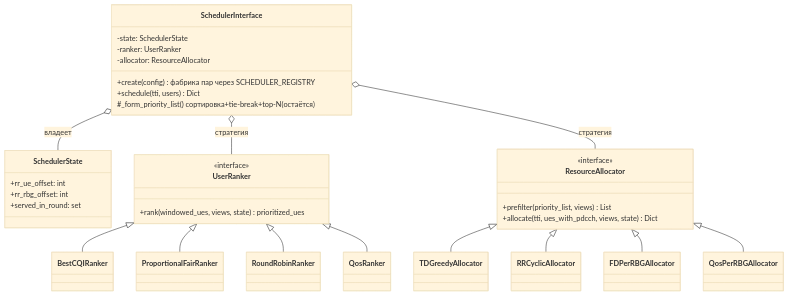
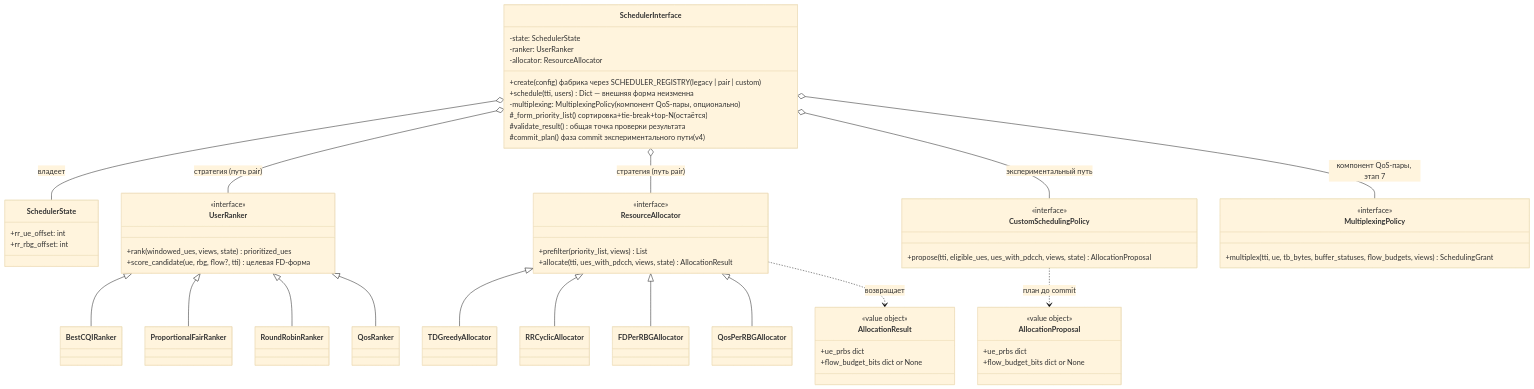
One commit to dokbrawn/REC-S5 changed diagram 11 of 11 in MR_doc_SCH-001/PyScheduler/scheduler/docs/diagrams.md. Above: the diagram before and after it, drawn with Mermaid (base theme). The commit also changed other lines of this file and 7 other files, not shown here.

````diff
--- a/MR_doc_SCH-001/PyScheduler/scheduler/docs/diagrams.md
+++ b/MR_doc_SCH-001/PyScheduler/scheduler/docs/diagrams.md
@@ -311,44 +329,69 @@
 ```mermaid
 classDiagram
     class SchedulerInterface {
-        +create(config) фабрика пар через SCHEDULER_REGISTRY
-        +schedule(tti, users) Dict
+        +create(config) фабрика через SCHEDULER_REGISTRY (legacy | pair | custom)
+        +schedule(tti, users) Dict — внешняя форма неизменна
         -state: SchedulerState
         -ranker: UserRanker
         -allocator: ResourceAllocator
+        -multiplexing: MultiplexingPolicy (компонент QoS-пары, опционально)
         #_form_priority_list() сортировка+tie-break+top-N (остаётся)
+        #validate_result() общая точка проверки результата
+        #commit_plan() фаза commit экспериментального пути (v4)
     }
     class SchedulerState {
         +rr_ue_offset: int
         +rr_rbg_offset: int
-        +served_in_round: set
     }
     class UserRanker {
         <<interface>>
         +rank(windowed_ues, views, state) prioritized_ues
+        +score_candidate(ue, rbg, flow?, tti) целевая FD-форма
     }
     class ResourceAllocator {
         <<interface>>
         +prefilter(priority_list, views) List
-        +allocate(tti, ues_with_pdcch, views, state) Dict
+        +allocate(tti, ues_with_pdcch, views, state) AllocationResult
+    }
+    class AllocationResult {
+        <<value object>>
+        +ue_prbs dict
+        +flow_budget_bits dict or None
+    }
+    class CustomSchedulingPolicy {
+        <<interface>>
+        +propose(tti, eligible_ues, ues_with_pdcch, views, state) AllocationProposal
+    }
+    class MultiplexingPolicy {
+        <<interface>>
+        +multiplex(tti, ue, tb_bytes, buffer_statuses, flow_budgets, views) SchedulingGrant
+    }
+    class AllocationProposal {
+        <<value object>>
+        +ue_prbs dict
+        +flow_budget_bits dict or None
     }
     class BestCQIRanker
     class ProportionalFairRanker
     class RoundRobinRanker
     class QosRanker
     class TDGreedyAllocator
     class RRCyclicAllocator
     class FDPerRBGAllocator
     class QosPerRBGAllocator
     UserRanker <|-- BestCQIRanker
     UserRanker <|-- ProportionalFairRanker
     UserRanker <|-- RoundRobinRanker
     UserRanker <|-- QosRanker
     ResourceAllocator <|-- TDGreedyAllocator
     ResourceAllocator <|-- RRCyclicAllocator
     ResourceAllocator <|-- FDPerRBGAllocator
     ResourceAllocator <|-- QosPerRBGAllocator
+    ResourceAllocator ..> AllocationResult : возвращает
+    CustomSchedulingPolicy ..> AllocationProposal : план до commit
     SchedulerInterface o-- SchedulerState : владеет
-    SchedulerInterface o-- UserRanker : стратегия
-    SchedulerInterface o-- ResourceAllocator : стратегия
+    SchedulerInterface o-- UserRanker : стратегия (путь pair)
+    SchedulerInterface o-- ResourceAllocator : стратегия (путь pair)
+    SchedulerInterface o-- MultiplexingPolicy : компонент QoS-пары, этап 7
+    SchedulerInterface o-- CustomSchedulingPolicy : экспериментальный путь
 ```
````
